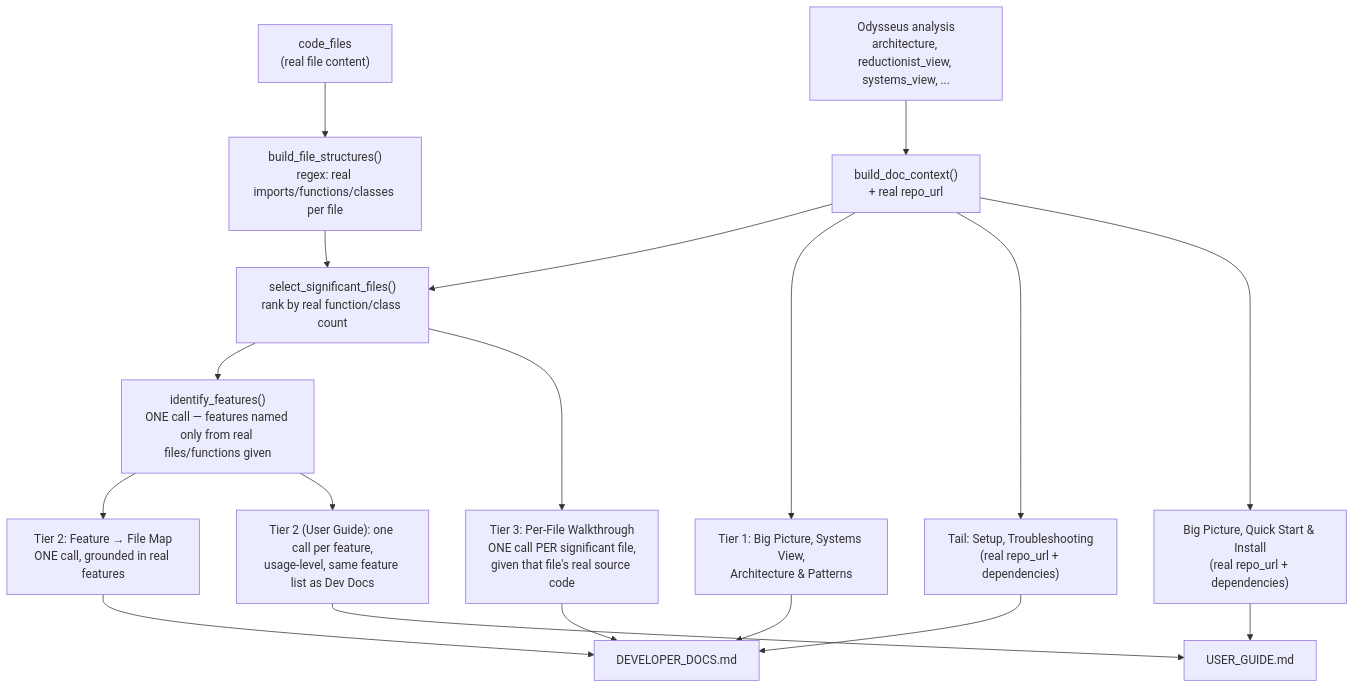
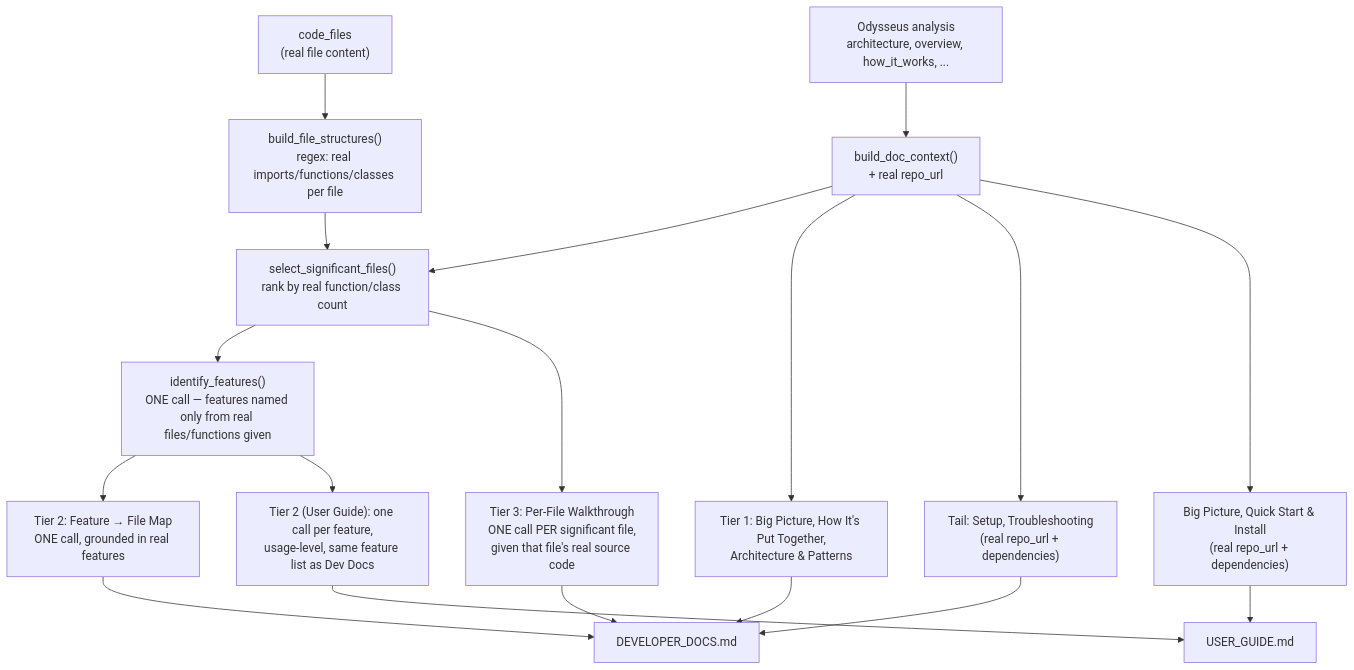
One commit to ds-madhavan-ramani/code-base-documentation changed the diagram in README.md. Above: the diagram before and after it, drawn with Mermaid. The commit also changed other lines of this file and 6 other files, not shown here.

````diff
--- a/README.md
+++ b/README.md
@@ -146,23 +146,23 @@
 ```mermaid
 flowchart TD
     CF["code_files<br/>(real file content)"] --> FS["build_file_structures()<br/>regex: real imports/functions/classes per file"]
-    A["Odysseus analysis<br/>architecture, reductionist_view, systems_view, ..."] --> CTX["build_doc_context()<br/>+ real repo_url"]
+    A["Odysseus analysis<br/>architecture, overview, how_it_works, ..."] --> CTX["build_doc_context()<br/>+ real repo_url"]
     FS --> SIG["select_significant_files()<br/>rank by real function/class count"]
     CTX --> SIG
     SIG --> FEAT["identify_features()<br/>ONE call — features named only from real files/functions given"]
 
-    CTX --> T1["Tier 1: Big Picture, Systems View,<br/>Architecture & Patterns"]
+    CTX --> T1["Tier 1: Big Picture, How It's Put Together,<br/>Architecture & Patterns"]
     FEAT --> T2["Tier 2: Feature → File Map<br/>ONE call, grounded in real features"]
     SIG --> T3["Tier 3: Per-File Walkthrough<br/>ONE call PER significant file,<br/>given that file's real source code"]
     CTX --> TAIL["Tail: Setup, Troubleshooting<br/>(real repo_url + dependencies)"]
 
     T1 --> DEV["DEVELOPER_DOCS.md"]
     T2 --> DEV
     T3 --> DEV
     TAIL --> DEV
 
     FEAT --> UFEAT["Tier 2 (User Guide): one call per feature,<br/>usage-level, same feature list as Dev Docs"]
     CTX --> UHEAD["Big Picture, Quick Start & Install<br/>(real repo_url + dependencies)"]
     UHEAD --> USER["USER_GUIDE.md"]
     UFEAT --> USER
 ```
````
